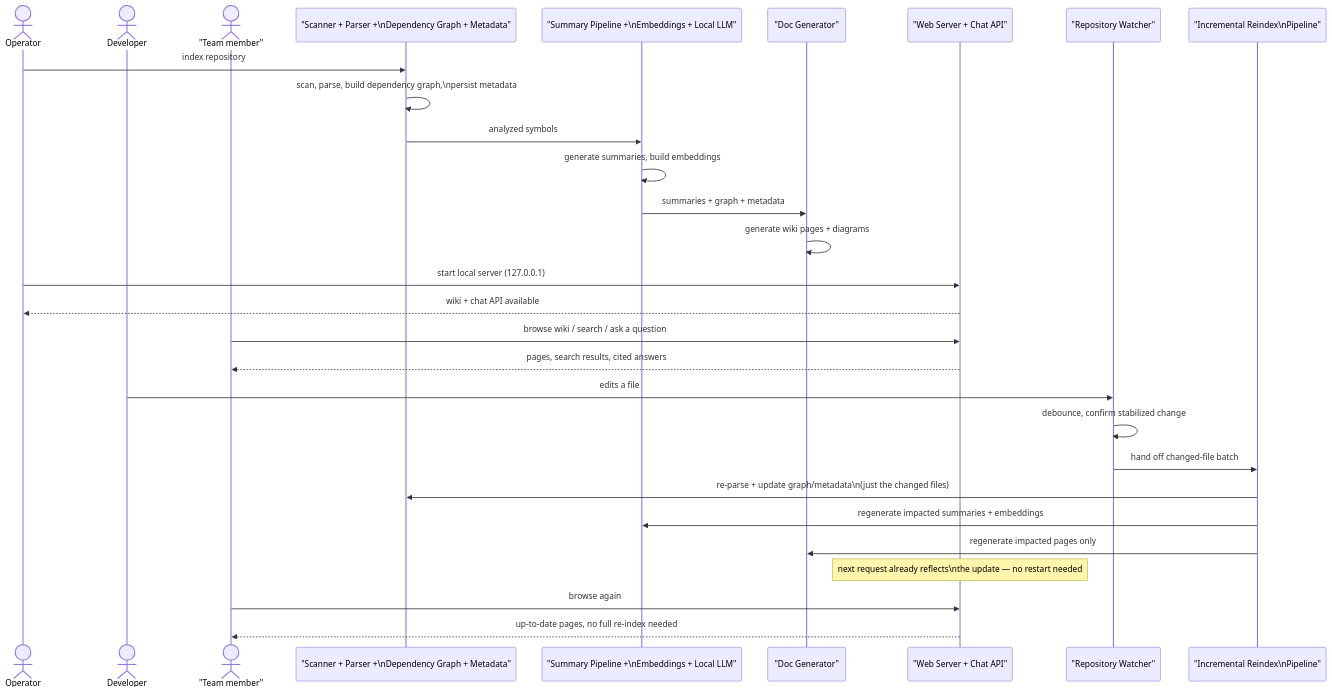
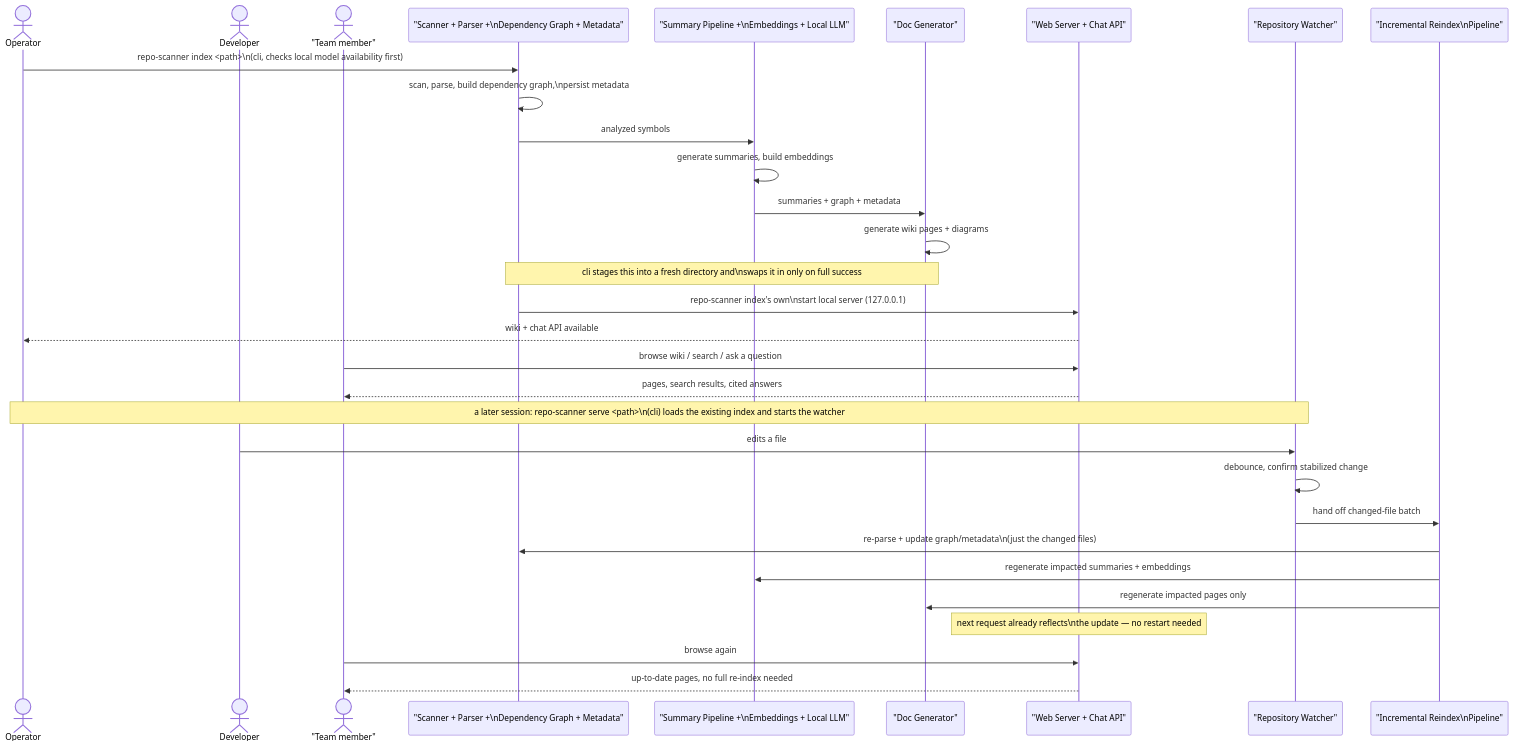
One commit to yassinelalaoui/codepedia changed the diagram in docs/diagrams/sequence-diagrams/00-overview.md. Above: the diagram before and after it, drawn with Mermaid. The commit also changed 35 other files, not shown here.

````diff
--- a/docs/diagrams/sequence-diagrams/00-overview.md
+++ b/docs/diagrams/sequence-diagrams/00-overview.md
@@ -11,35 +11,37 @@
 ```mermaid
 sequenceDiagram
     actor Operator
     actor Developer
     actor Reader as "Team member"
     participant Scanner as "Scanner + Parser +\nDependency Graph + Metadata"
     participant AI as "Summary Pipeline +\nEmbeddings + Local LLM"
     participant Docs as "Doc Generator"
     participant Server as "Web Server + Chat API"
     participant Watcher as "Repository Watcher"
     participant Reindex as "Incremental Reindex\nPipeline"
 
-    Operator->>Scanner: index repository
+    Operator->>Scanner: repo-scanner index <path>\n(cli, checks local model availability first)
     Scanner->>Scanner: scan, parse, build dependency graph,\npersist metadata
     Scanner->>AI: analyzed symbols
     AI->>AI: generate summaries, build embeddings
     AI->>Docs: summaries + graph + metadata
     Docs->>Docs: generate wiki pages + diagrams
-    Operator->>Server: start local server (127.0.0.1)
+    Note over Scanner,Docs: cli stages this into a fresh directory and\nswaps it in only on full success
+    Scanner->>Server: repo-scanner index's own\nstart local server (127.0.0.1)
     Server-->>Operator: wiki + chat API available
 
     Reader->>Server: browse wiki / search / ask a question
     Server-->>Reader: pages, search results, cited answers
 
+    Note over Operator,Watcher: a later session: repo-scanner serve <path>\n(cli) loads the existing index and starts the watcher
     Developer->>Watcher: edits a file
     Watcher->>Watcher: debounce, confirm stabilized change
     Watcher->>Reindex: hand off changed-file batch
     Reindex->>Scanner: re-parse + update graph/metadata\n(just the changed files)
     Reindex->>AI: regenerate impacted summaries + embeddings
     Reindex->>Docs: regenerate impacted pages only
     Note over Server: next request already reflects\nthe update — no restart needed
 
     Reader->>Server: browse again
     Server-->>Reader: up-to-date pages, no full re-index needed
 ```
````
